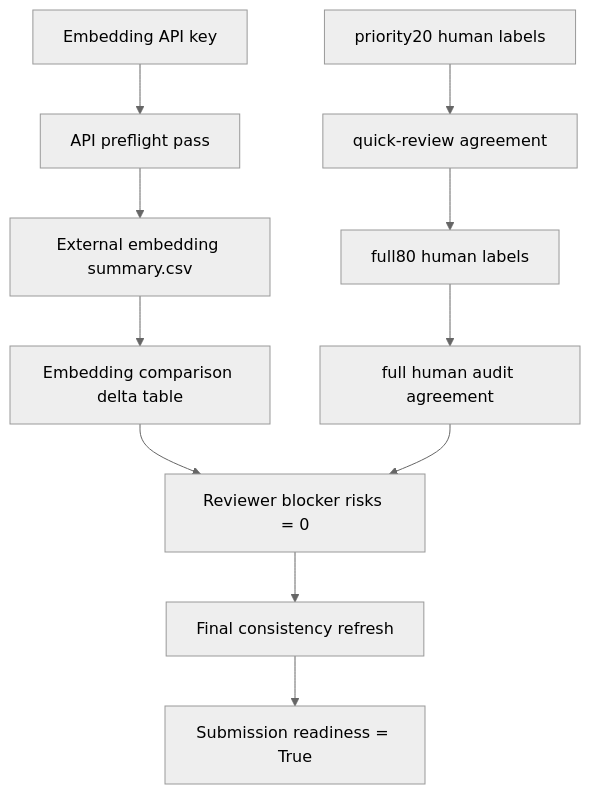
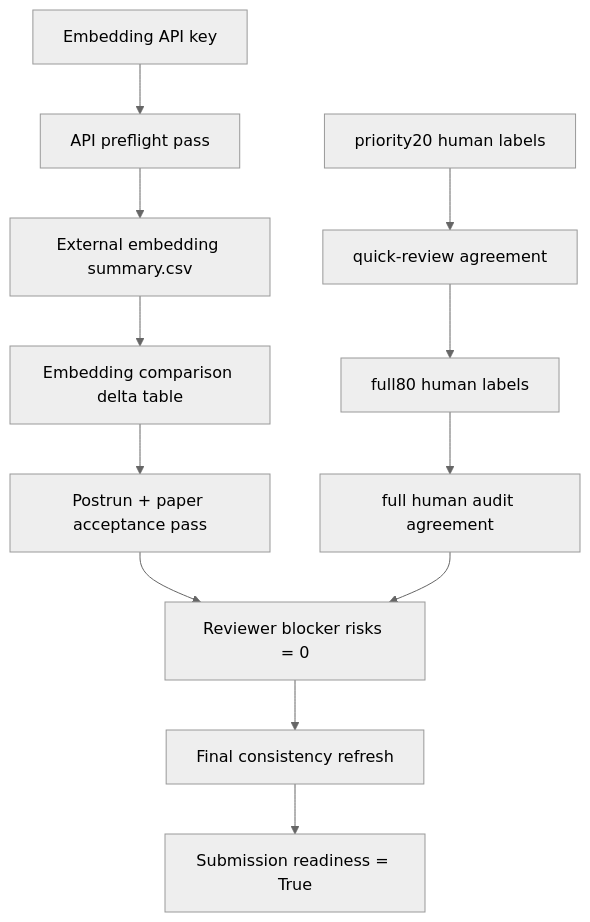
The diagram in outputs/agent_memory_submission_blocker_closure_plan_zh.md (bai9yu/agent-memory-experiment), drawn with Mermaid (neutral theme) before and after one commit. The commit also changed other lines of this file and 35 other files, not shown here.

````diff
--- a/outputs/agent_memory_submission_blocker_closure_plan_zh.md
+++ b/outputs/agent_memory_submission_blocker_closure_plan_zh.md
@@ -24,13 +24,14 @@
 ```mermaid
 flowchart TD
   A["Embedding API key"] --> B["API preflight pass"]
   B --> C["External embedding summary.csv"]
   C --> D["Embedding comparison delta table"]
+  D --> D2["Postrun + paper acceptance pass"]
   E["priority20 human labels"] --> F["quick-review agreement"]
   F --> G["full80 human labels"]
   G --> H["full human audit agreement"]
-  D --> I["Reviewer blocker risks = 0"]
+  D2 --> I["Reviewer blocker risks = 0"]
   H --> I
   I --> J["Final consistency refresh"]
   J --> K["Submission readiness = True"]
 ```
````
